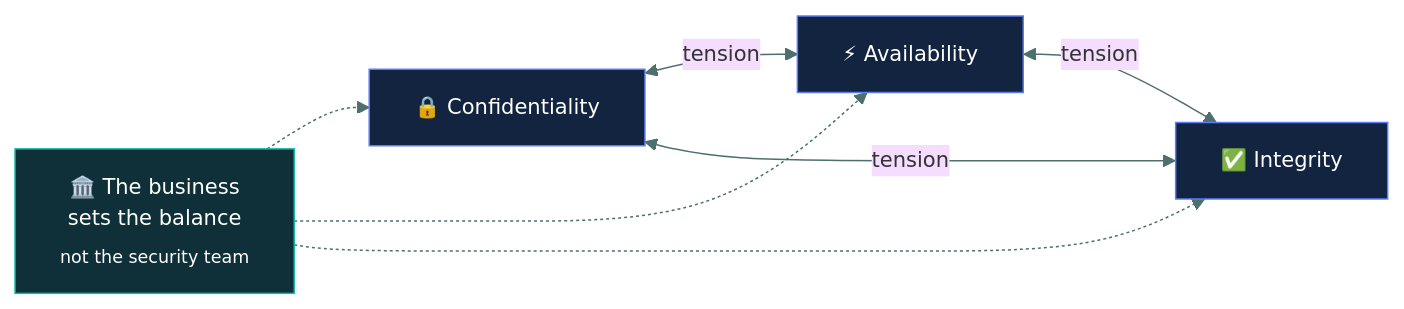
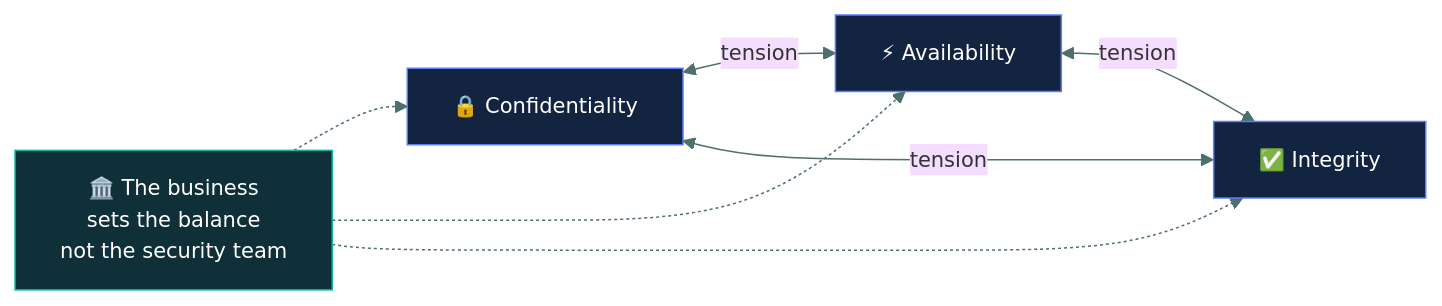
The second of 2 diagrams in 01-security-principles/cia-triad/README.md (tarunTejaDesireddy/cc-exam-prep), drawn with Mermaid before and after one commit. The commit also changed other lines of this file and 15 other files, not shown here.

First line of the commit message:
Fix clipped mermaid labels repo-wide; add privacy topic

````diff
--- a/01-security-principles/cia-triad/README.md
+++ b/01-security-principles/cia-triad/README.md
@@ -168,15 +168,15 @@
 ```mermaid
 %%{init: {'theme':'base','themeVariables':{'fontSize':'14px','lineColor':'#4d6f6e','textColor':'#dbe7e6'}}}%%
 flowchart LR
     C["🔒 Confidentiality"] <-->|"tension"| A["⚡ Availability"]
     A <-->|"tension"| N["✅ Integrity"]
     N <-->|"tension"| C
-    B["🏛️ The business<br/>sets the balance<br/><sub>not the security team</sub>"] -.-> C
+    B["🏛️ The business<br/>sets the balance<br/>not the security team"] -.-> C
     B -.-> A
     B -.-> N
 
     style C fill:#12243f,stroke:#5C7CFA,color:#fff
     style A fill:#12243f,stroke:#5C7CFA,color:#fff
     style N fill:#12243f,stroke:#5C7CFA,color:#fff
     style B fill:#0f3038,stroke:#12B5A5,color:#fff
 ```
````
